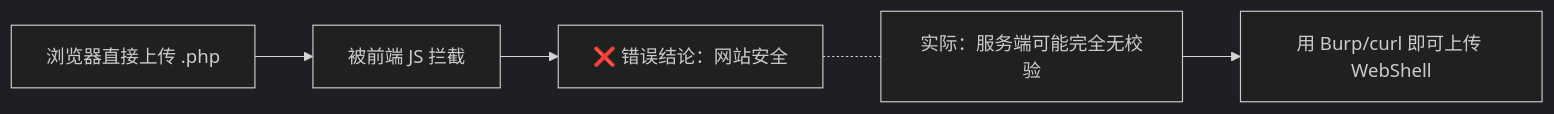
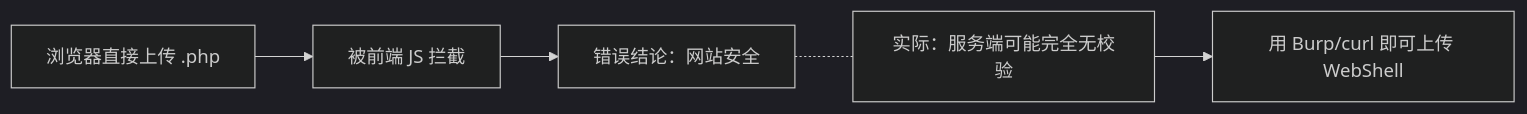
Before and after one commit to congliang/congliang.github.io: the second of 3 diagrams in source/_posts/File-upload-frontend-bypass.md, drawn with Mermaid (dark theme). The commit also changed other lines of this file and 139 other files, not shown here.

````diff
--- a/source/_posts/File-upload-frontend-bypass.md
+++ b/source/_posts/File-upload-frontend-bypass.md
@@ -204,7 +204,7 @@
 ```mermaid
 flowchart LR
     A[浏览器直接上传 .php] --> B[被前端 JS 拦截]
-    B --> C[❌ 错误结论：网站安全]
+    B --> C[ 错误结论：网站安全]
     C -.- D[实际：服务端可能完全无校验]
     D --> E[用 Burp/curl 即可上传 WebShell]
 ```
````
